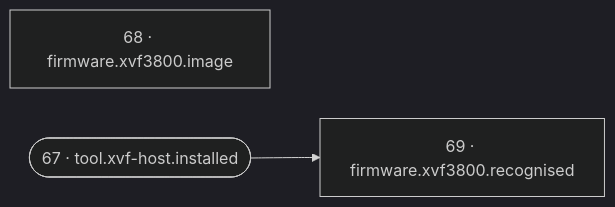
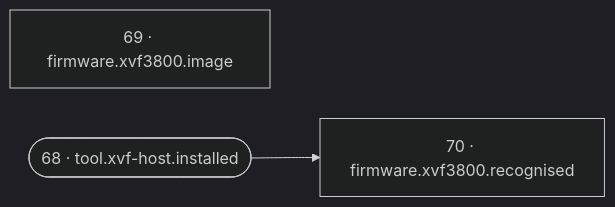
One commit to SixFive7/FrameLink changed diagram 19 of 21 in reference/reconcile-dag.md. Above: the diagram before and after it, drawn with Mermaid (dark theme). The commit also changed other lines of this file and 5 other files, not shown here.

````diff
--- a/reference/reconcile-dag.md
+++ b/reference/reconcile-dag.md
@@ -498,7 +500,7 @@
 ```mermaid
 flowchart LR
-  r68["68 · firmware.xvf3800.image"]
-  r69["69 · firmware.xvf3800.recognised"]
-  r67(["67 · tool.xvf-host.installed"])
-  r67 --> r69
+  r69["69 · firmware.xvf3800.image"]
+  r70["70 · firmware.xvf3800.recognised"]
+  r68(["68 · tool.xvf-host.installed"])
+  r68 --> r70
 ```
````
